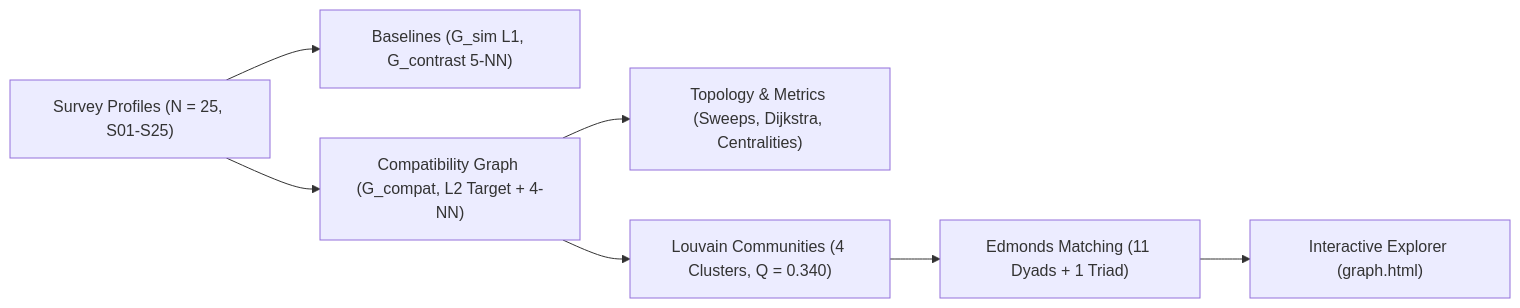
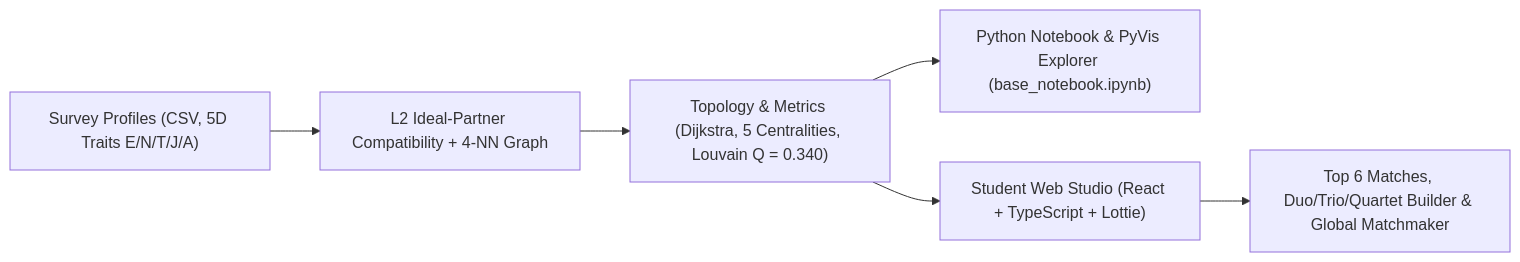
Before and after one commit to Waxguillermo/mbti-graph-analytics: the diagram in README.md, drawn with Mermaid. The commit also changed other lines of this file and 28 other files, not shown here.

Commit message:
feat(web): add interactive student MBTI compatibility and team studio demo UI

````diff
--- a/README.md
+++ b/README.md
@@ -5,9 +5,8 @@
 ```mermaid
 flowchart LR
-    A["Survey Profiles (N = 25, S01-S25)"] --> B["Baselines (G_sim L1, G_contrast 5-NN)"]
-    A --> C["Compatibility Graph (G_compat, L2 Target + 4-NN)"]
-    C --> D["Topology & Metrics (Sweeps, Dijkstra, Centralities)"]
-    C --> E["Louvain Communities (4 Clusters, Q = 0.340)"]
-    E --> F["Edmonds Matching (11 Dyads + 1 Triad)"]
-    F --> G["Interactive Explorer (graph.html)"]
+    A["Survey Profiles (CSV, 5D Traits E/N/T/J/A)"] --> B["L2 Ideal-Partner Compatibility + 4-NN Graph"]
+    B --> C["Topology & Metrics (Dijkstra, 5 Centralities, Louvain Q = 0.340)"]
+    C --> D["Python Notebook & PyVis Explorer (base_notebook.ipynb)"]
+    C --> E["Student Web Studio (React + TypeScript + Lottie)"]
+    E --> F["Top 6 Matches, Duo/Trio/Quartet Builder & Global Matchmaker"]
 ```
````
